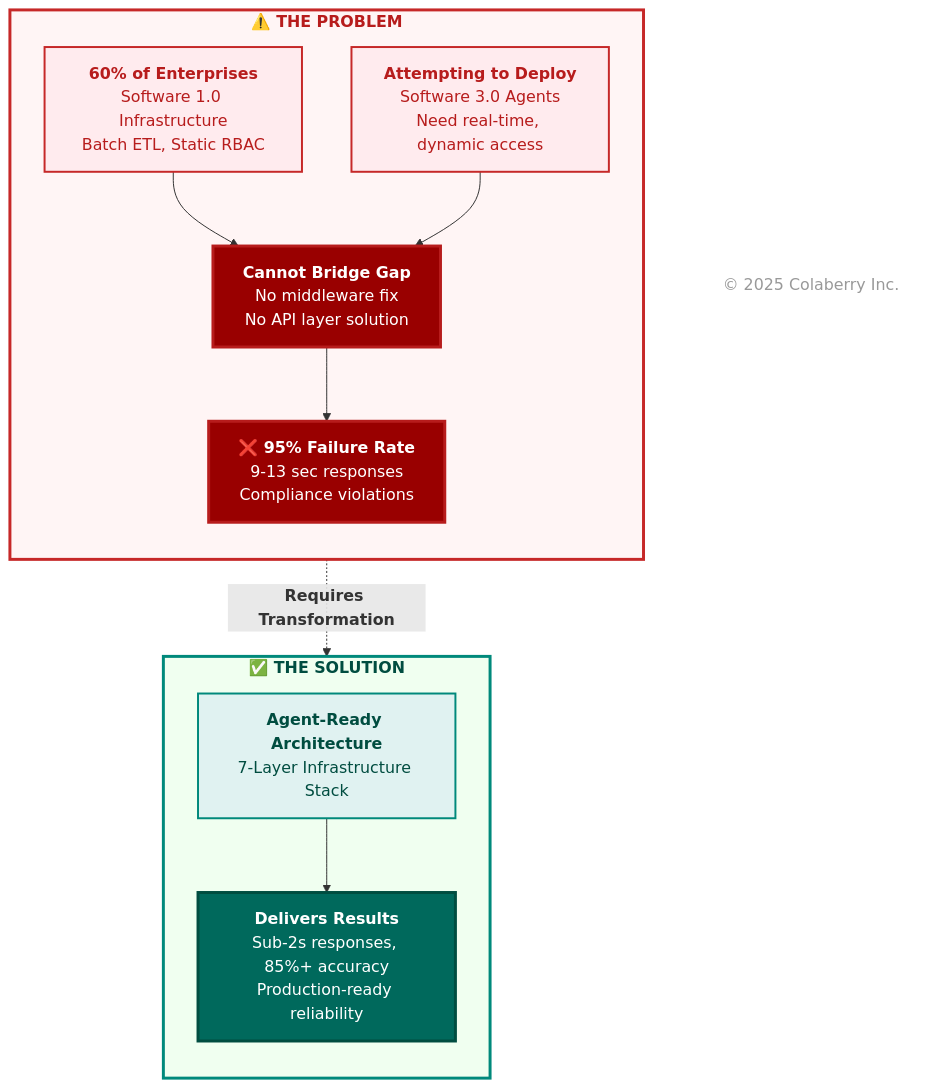
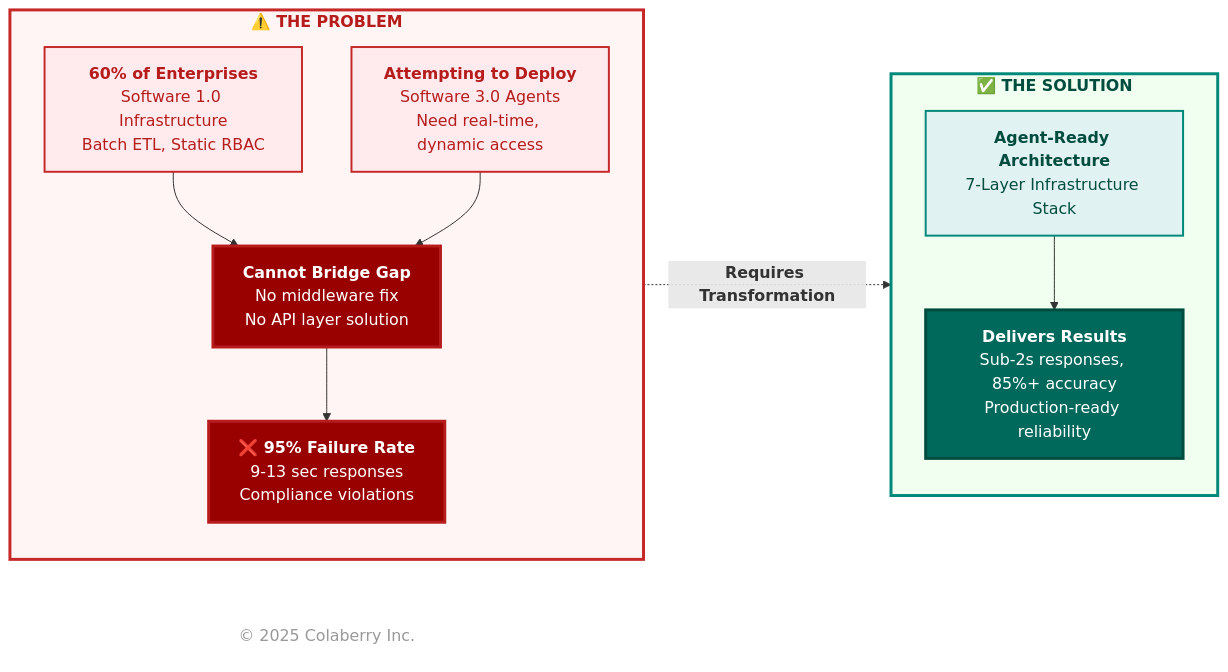
Before and after one commit to colaberry/enterprise-data-readiness-ai-agents: the second of 18 diagrams in chapter-01/chapter_1_complete.md, drawn with Mermaid. The commit also changed other lines of this file, not shown here.

First line of the commit message:
diagrams made efficient with space

````diff
--- a/chapter-01/chapter_1_complete.md
+++ b/chapter-01/chapter_1_complete.md
@@ -203,47 +203,47 @@
 ```mermaid
-graph TB
+graph LR
     subgraph challenge["<b>⚠️  THE PROBLEM</b>"]
         direction TB
         
         current["<b>60% of Enterprises</b><br/>Software 1.0 Infrastructure<br/>Batch ETL, Static RBAC"]
         
         attempting["<b>Attempting to Deploy</b><br/>Software 3.0 Agents<br/>Need real-time, dynamic access"]
         
         gap["<b>Cannot Bridge Gap</b><br/>No middleware fix<br/>No API layer solution"]
         
         result["<b>❌ 95% Failure Rate</b><br/>9-13 sec responses<br/>Compliance violations"]
         
         current --> gap
         attempting --> gap
         gap --> result
     end
     
     subgraph solution["<b>✅  THE SOLUTION</b>"]
         direction TB
         
         transform["<b>Agent-Ready Architecture</b><br/>7-Layer Infrastructure Stack"]
         
         delivers["<b>Delivers Results</b><br/>Sub-2s responses, 85%+ accuracy<br/>Production-ready reliability"]
         
         transform --> delivers
     end
     
     result -.->|"<b>Requires Transformation</b>"| transform
 
-    %% Link styling
-
+    %% Styling - Problem (Red)
     style challenge fill:#fff5f5,stroke:#c62828,stroke-width:3px,color:#b71c1c
     style current fill:#ffebee,stroke:#c62828,stroke-width:2px,color:#b71c1c
     style attempting fill:#ffebee,stroke:#c62828,stroke-width:2px,color:#b71c1c
     style gap fill:#990000,color:#ffffff,stroke:#b71c1c,stroke-width:3px
     style result fill:#990000,color:#ffffff,stroke:#b71c1c,stroke-width:3px
+    
+    %% Styling - Solution (Teal)
     style solution fill:#f0fff0,stroke:#00897b,stroke-width:3px,color:#004d40
     style transform fill:#e0f2f1,stroke:#00897b,stroke-width:2px,color:#004d40
+    style delivers fill:#00695c,color:#ffffff,stroke:#004d40,stroke-width:3px
 
     %% Copyright Notice
     CR["© 2025 Colaberry Inc."]
-
-    style delivers fill:#00695c,color:#ffffff,stroke:#004d40,stroke-width:3px
     style CR fill:none,stroke:none,color:#999999
 
 ```
````
